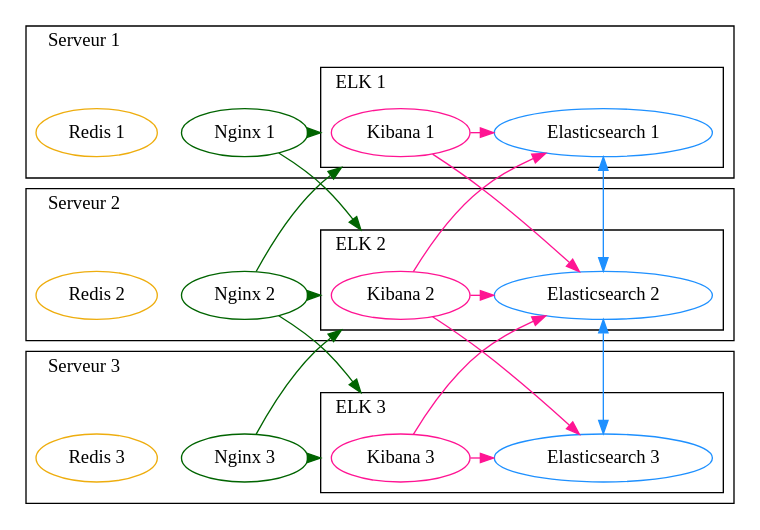
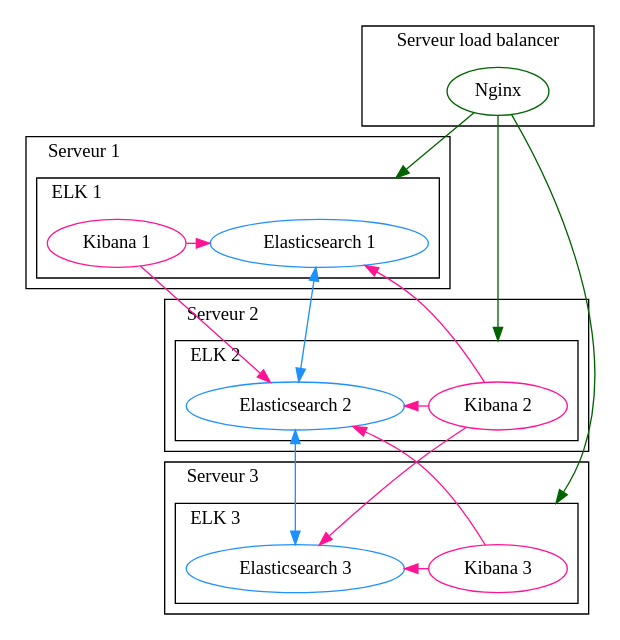
Before and after one commit to Transrian/bd71-courses: the second of 4 diagrams in schemas.md, drawn with Graphviz. The commit also changed other lines of this file and 5 other files, not shown here.

````diff
--- a/schemas.md
+++ b/schemas.md
@@ -42,71 +39,67 @@
 ```dot {engine="dot"}
 digraph f {  
     compound=true
 
     "Elasticsearch 1" -> "Elasticsearch 2" [dir=both, color=dodgerblue1]
     "Elasticsearch 2" -> "Elasticsearch 3" [dir=both, color=dodgerblue1]
     "Kibana 1" -> "Elasticsearch 1" [constraint=false, color=deeppink]
     "Kibana 2" -> "Elasticsearch 1" [constraint=false, color=deeppink]
     "Kibana 1" -> "Elasticsearch 2" [constraint=false, color=deeppink]
     "Kibana 2" -> "Elasticsearch 2" [constraint=false, color=deeppink]
     "Kibana 3" -> "Elasticsearch 2" [constraint=false, color=deeppink]
     "Kibana 2" -> "Elasticsearch 3" [constraint=false, color=deeppink]
     "Kibana 3" -> "Elasticsearch 3" [constraint=false, color=deeppink]
-    "Nginx 1" -> "Kibana 1" [constraint=false, color=darkgreen, lhead="cluster_elk_server_1"]
-    "Nginx 2" -> "Kibana 1" [constraint=false, color=darkgreen, lhead="cluster_elk_server_1"]
-    "Nginx 1" -> "Kibana 2" [constraint=false, color=darkgreen, lhead="cluster_elk_server_2"]
-    "Nginx 2" -> "Kibana 2" [constraint=false, color=darkgreen, lhead="cluster_elk_server_2"]
-    "Nginx 3" -> "Kibana 2" [constraint=false, color=darkgreen, lhead="cluster_elk_server_2"]
-    "Nginx 2" -> "Kibana 3" [constraint=false, color=darkgreen, lhead="cluster_elk_server_3"]
-    "Nginx 3" -> "Kibana 3" [constraint=false, color=darkgreen, lhead="cluster_elk_server_3"]
+    "Nginx" -> "Elasticsearch 1" [constraint=true, color=darkgreen, lhead="cluster_elk_server_1"]
+    "Nginx" -> "Kibana 2" [constraint=true, color=darkgreen, lhead="cluster_elk_server_2"]
+    "Nginx" -> "Kibana 3" [constraint=true, color=darkgreen, lhead="cluster_elk_server_3"]
+
+    subgraph cluster_server_lb {
+        label="Serveur load balancer"
+        labeljust="l"
+        "Nginx" [color=darkgreen]
+    }
 
    subgraph cluster_server_1 {
         label="Serveur 1"
         labeljust="l"
         "Kibana 1" [color=deeppink]
-        "Nginx 1" [color=darkgreen]
-        "Redis 1" [color=darkgoldenrod2]
         "Elasticsearch 1" [color=dodgerblue1]
 
         subgraph cluster_elk_server_1 {
             label="ELK 1"
             "Kibana 1"
             "Elasticsearch 1"
         }
     }
 
     subgraph cluster_server_2 {
         label="Serveur 2"
         labeljust="l"
         "Kibana 2" [color=deeppink]
-        "Nginx 2" [color=darkgreen]
-        "Redis 2" [color=darkgoldenrod2]
         "Elasticsearch 2" [color=dodgerblue1]
 
         subgraph cluster_elk_server_2 {
             label="ELK 2"
             "Kibana 2"
             "Elasticsearch 2"
         }
     }
 
     subgraph cluster_server_3 {
         label="Serveur 3"
         labeljust="l"
         "Kibana 3" [color=deeppink]
-        "Nginx 3" [color=darkgreen]
-        "Redis 3" [color=darkgoldenrod2]
         "Elasticsearch 3" [color=dodgerblue1]
 
         subgraph cluster_elk_server_3 {
             label="ELK 3"
             "Kibana 3"
             "Elasticsearch 3"
         }
     }
 
     #{rank=same; "Serveur 1"; "Serveur 2"; "Serveur 3";}
 
 
 }
 ```
````
